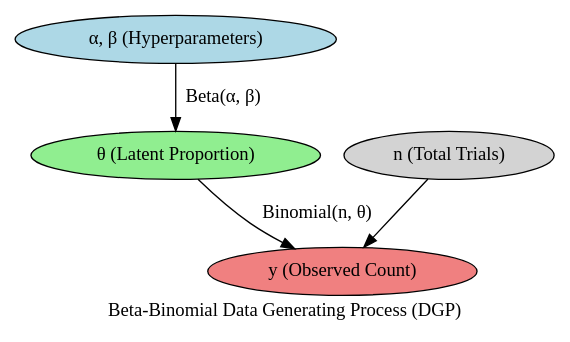
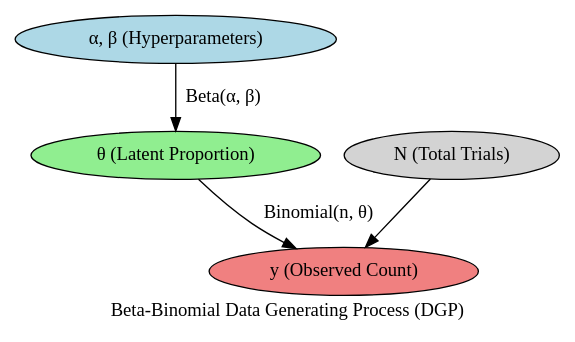
The diagram in rethinking.qmd (marcora/bayesian_inference_with_stan), drawn with Graphviz before and after one commit. The commit also changed other lines of this file and 3 other files, not shown here.

````diff
--- a/rethinking.qmd
+++ b/rethinking.qmd
@@ -58,21 +59,21 @@
 ```{dot}
 digraph BetaBinomialDGP {
     rankdir=TB;
     node [shape=ellipse, style=filled, fillcolor=lightgray];
 
     # Nodes with simple names but detailed labels
     alpha_beta [label="α, β (Hyperparameters)" fillcolor=lightblue];
     theta [label="θ (Latent Proportion)" fillcolor=lightgreen];
     y [label="y (Observed Count)" fillcolor=lightcoral];
-    n [label="n (Total Trials)" fillcolor=lightgray];
+    N [label="N (Total Trials)" fillcolor=lightgray];
 
     # Edges with descriptive labels
     alpha_beta -> theta [label="Beta(α, β)"];
     theta -> y [label="Binomial(n, θ)"];
-    n -> y;
+    N -> y;
 
     # Graph Label
     label="Beta-Binomial Data Generating Process (DGP)";
     fontsize=14;
 }
 ```
````
